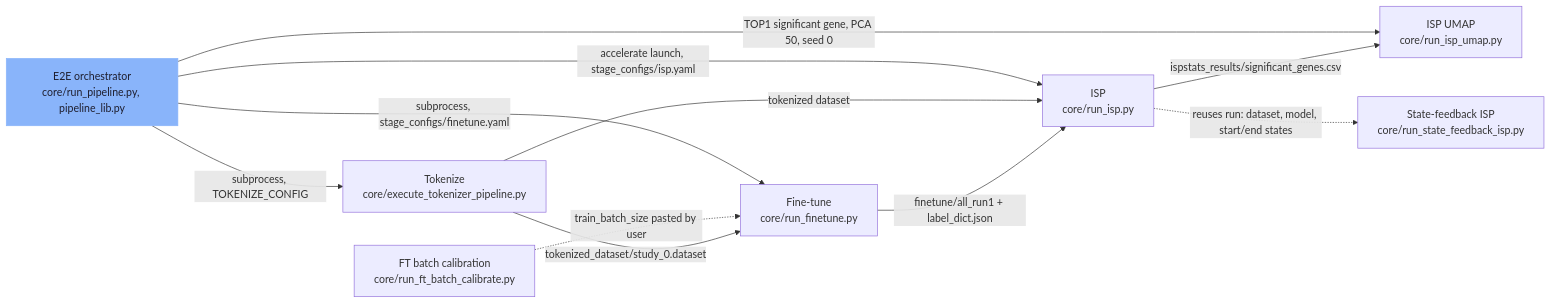
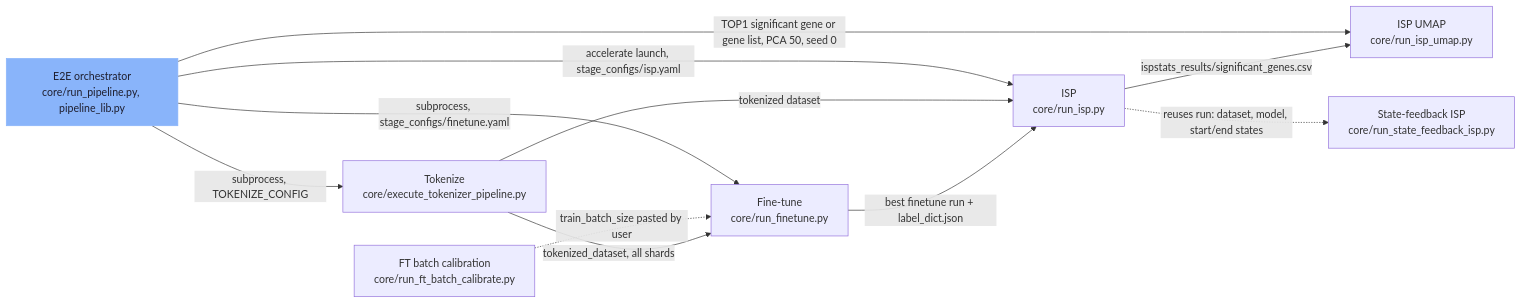
The diagram in .omm/pipeline/diagram.mmd (YuyaSanaki/ISP-Platform), drawn with Mermaid before and after one commit. The commit also changed 30 other files, not shown here.

```diff
--- a/.omm/pipeline/diagram.mmd
+++ b/.omm/pipeline/diagram.mmd
@@ -1,23 +1,23 @@
 graph LR
     orchestrator["E2E orchestrator\ncore/run_pipeline.py, pipeline_lib.py"]
     ft-batch-calibrate["FT batch calibration\ncore/run_ft_batch_calibrate.py"]
     tokenize-stage["Tokenize\ncore/execute_tokenizer_pipeline.py"]
     finetune-stage["Fine-tune\ncore/run_finetune.py"]
     isp-stage["ISP\ncore/run_isp.py"]
     isp-umap["ISP UMAP\ncore/run_isp_umap.py"]
     state-feedback-isp["State-feedback ISP\ncore/run_state_feedback_isp.py"]
     orchestrator -->|"subprocess, TOKENIZE_CONFIG"| tokenize-stage
     orchestrator -->|"subprocess, stage_configs/finetune.yaml"| finetune-stage
     orchestrator -->|"accelerate launch, stage_configs/isp.yaml"| isp-stage
-    orchestrator -->|"TOP1 significant gene, PCA 50, seed 0"| isp-umap
+    orchestrator -->|"TOP1 significant gene or gene list, PCA 50, seed 0"| isp-umap
     ft-batch-calibrate -.->|"train_batch_size pasted by user"| finetune-stage
-    tokenize-stage -->|"tokenized_dataset/study_0.dataset"| finetune-stage
+    tokenize-stage -->|"tokenized_dataset, all shards"| finetune-stage
     tokenize-stage -->|"tokenized dataset"| isp-stage
-    finetune-stage -->|"finetune/all_run1 + label_dict.json"| isp-stage
+    finetune-stage -->|"best finetune run + label_dict.json"| isp-stage
     isp-stage -->|"ispstats_results/significant_genes.csv"| isp-umap
     isp-stage -.->|"reuses run: dataset, model, start/end states"| state-feedback-isp
     class orchestrator entry
     classDef external fill:#585b70,stroke:#585b70,color:#cdd6f4
     classDef concern fill:#f38ba8,stroke:#f38ba8,color:#1e1e2e
     classDef entry fill:#89b4fa,stroke:#89b4fa,color:#1e1e2e
     classDef store fill:#a6e3a1,stroke:#a6e3a1,color:#1e1e2e
```
